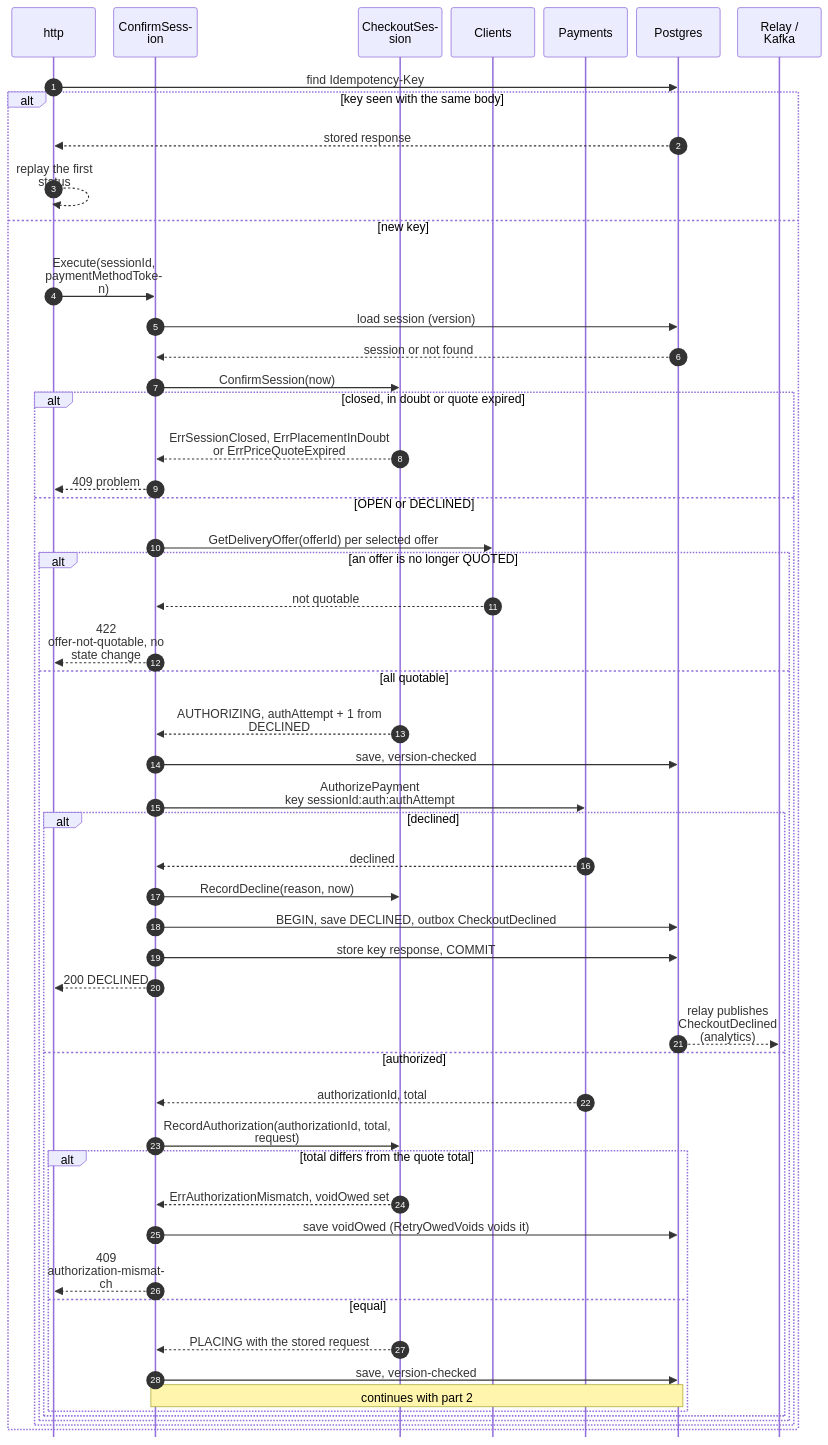
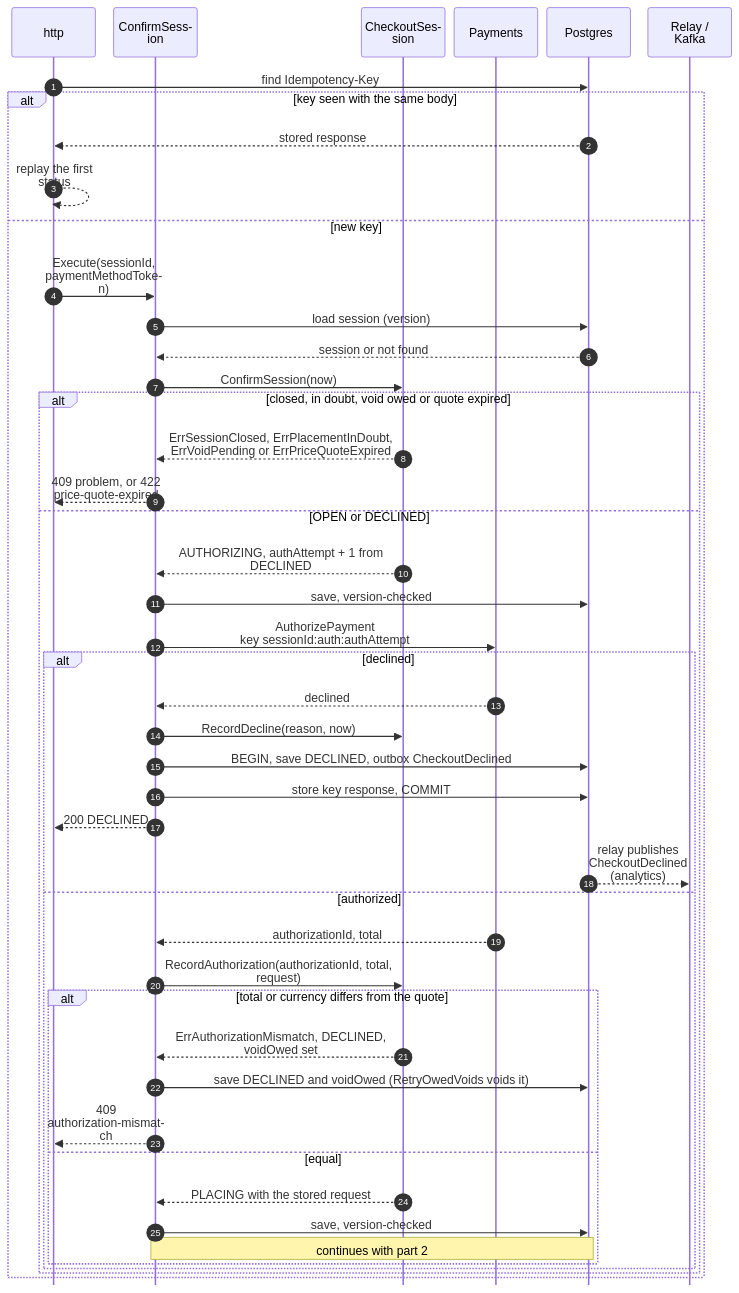
The second of 5 diagrams in storefront/docs/contexts/checkout/sequence-diagrams.md (IQVO/warehouse-docs), drawn with Mermaid before and after one commit. The commit also changed other lines of this file and 8 other files, not shown here.

Commit message:
docs(storefront): checkout pack and model follow the repo (422 price-quote-expired, no confirm re-check, authAttempt 0, first-only in-doubt event, mismatch -> DECLINED + void-pending)

````diff
--- a/storefront/docs/contexts/checkout/sequence-diagrams.md
+++ b/storefront/docs/contexts/checkout/sequence-diagrams.md
@@ -87,56 +88,49 @@
 ```mermaid
 %%{init: {"sequence": {"wrap": true, "width": 110, "actorMargin": 12, "messageMargin": 28, "boxMargin": 6, "noteMargin": 6, "mirrorActors": false}}}%%
 sequenceDiagram
     autonumber
     participant H as http
     participant UC as ConfirmSession
     participant A as CheckoutSession
-    participant C as Clients
     participant P as Payments
     participant DB as Postgres
     participant K as Relay / Kafka
     H->>DB: find Idempotency-Key
     alt key seen with the same body
         DB-->>H: stored response
         H-->>H: replay the first status
     else new key
         H->>UC: Execute(sessionId, paymentMethodToken)
         UC->>DB: load session (version)
         DB-->>UC: session or not found
         UC->>A: ConfirmSession(now)
-        alt closed, in doubt or quote expired
-            A-->>UC: ErrSessionClosed, ErrPlacementInDoubt<br/>or ErrPriceQuoteExpired
-            UC-->>H: 409 problem
+        alt closed, in doubt, void owed or quote expired
+            A-->>UC: ErrSessionClosed, ErrPlacementInDoubt,<br/>ErrVoidPending or ErrPriceQuoteExpired
+            UC-->>H: 409 problem, or 422 price-quote-expired
         else OPEN or DECLINED
-            UC->>C: GetDeliveryOffer(offerId) per selected offer
-            alt an offer is no longer QUOTED
-                C-->>UC: not quotable
-                UC-->>H: 422 offer-not-quotable, no state change
-            else all quotable
             A-->>UC: AUTHORIZING, authAttempt + 1 from DECLINED
             UC->>DB: save, version-checked
             UC->>P: AuthorizePayment<br/>key sessionId:auth:authAttempt
             alt declined
                 P-->>UC: declined
                 UC->>A: RecordDecline(reason, now)
                 UC->>DB: BEGIN, save DECLINED, outbox CheckoutDeclined
                 UC->>DB: store key response, COMMIT
                 UC-->>H: 200 DECLINED
                 DB-->>K: relay publishes CheckoutDeclined (analytics)
             else authorized
                 P-->>UC: authorizationId, total
                 UC->>A: RecordAuthorization(authorizationId, total, request)
-                alt total differs from the quote total
-                    A-->>UC: ErrAuthorizationMismatch, voidOwed set
-                    UC->>DB: save voidOwed (RetryOwedVoids voids it)
+                alt total or currency differs from the quote
+                    A-->>UC: ErrAuthorizationMismatch, DECLINED, voidOwed set
+                    UC->>DB: save DECLINED and voidOwed (RetryOwedVoids voids it)
                     UC-->>H: 409 authorization-mismatch
                 else equal
                     A-->>UC: PLACING with the stored request
                     UC->>DB: save, version-checked
                     Note over UC,DB: continues with part 2
                 end
             end
-            end
         end
     end
 ```
````
